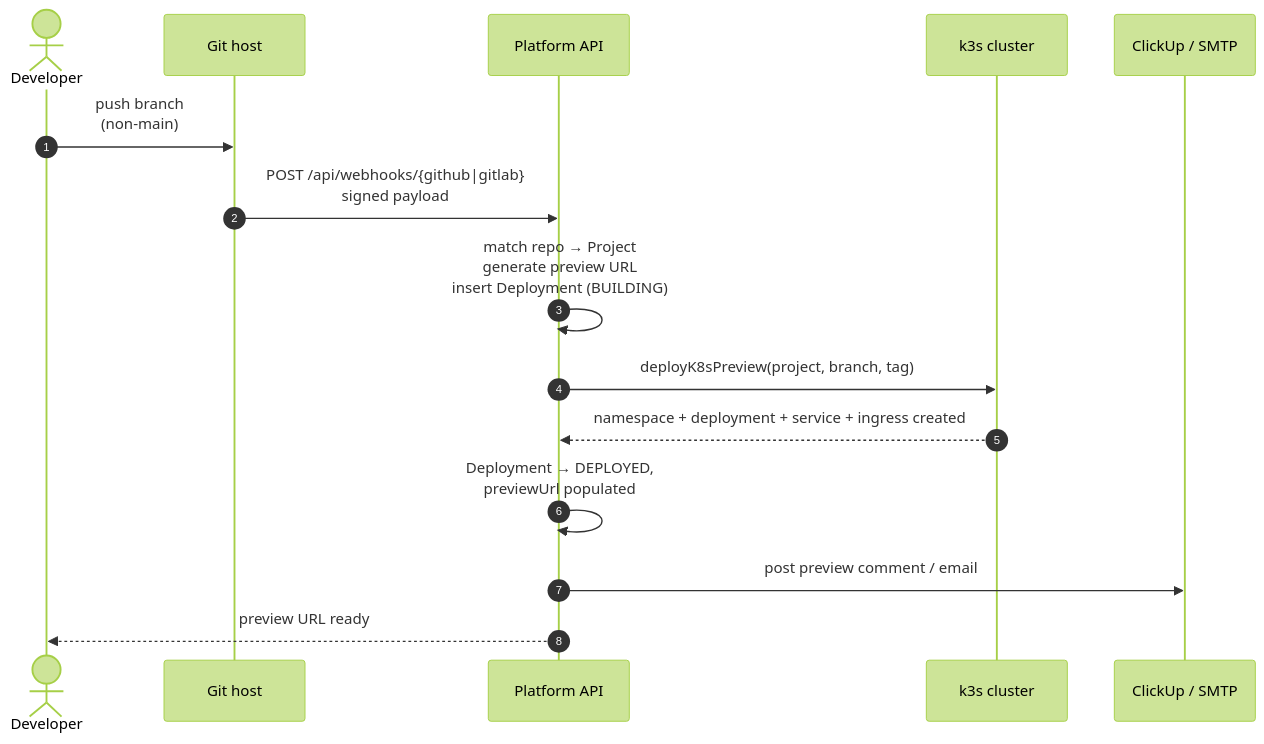
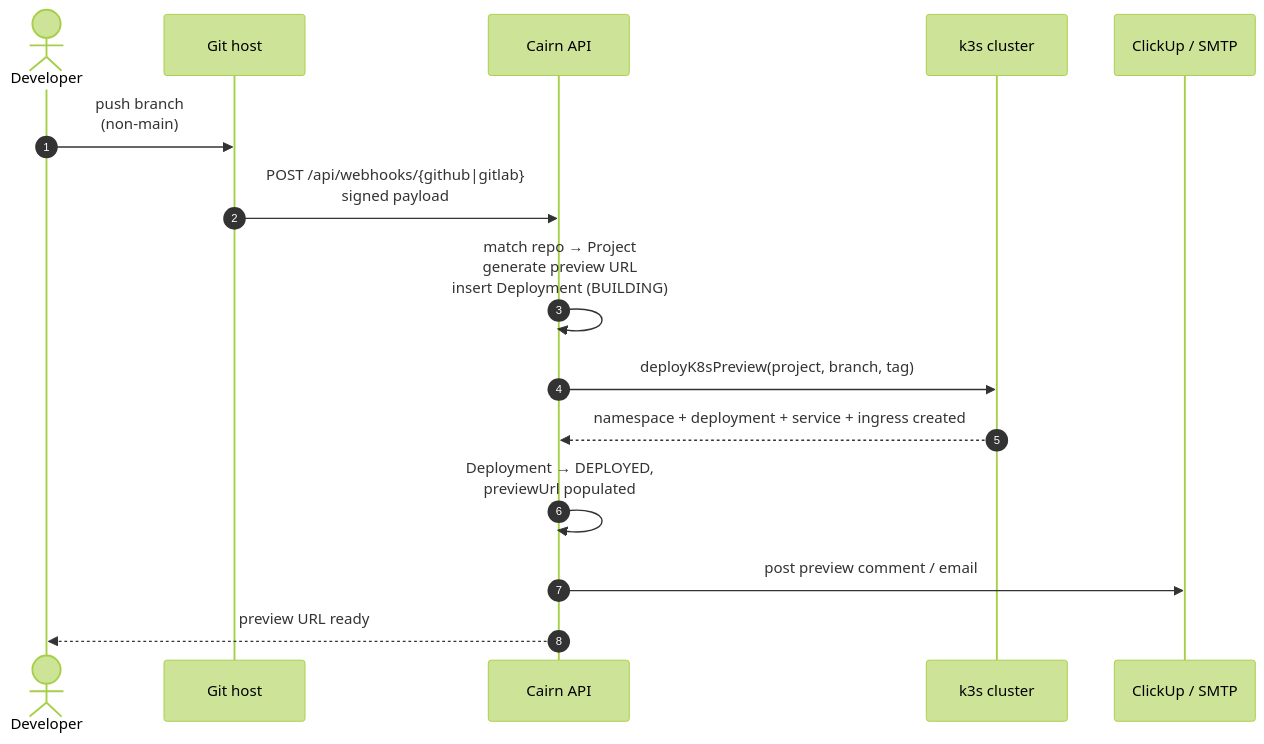
The first of 2 diagrams in platform/portal/public/docs/guides/preview-environments.md (Mpratyush54/server-automation), drawn with Mermaid (forest theme) before and after one commit. The commit also changed other lines of this file and 81 other files, not shown here.

````diff
--- a/platform/portal/public/docs/guides/preview-environments.md
+++ b/platform/portal/public/docs/guides/preview-environments.md
@@ -11,18 +11,18 @@
 ```mermaid
 sequenceDiagram
     autonumber
     actor Dev as Developer
     participant Git as Git host
-    participant API as Platform API
+    participant API as Cairn API
     participant K8s as k3s cluster
     participant CU as ClickUp / SMTP
 
     Dev->>Git: push branch<br/>(non-main)
     Git->>API: POST /api/webhooks/{github|gitlab}<br/>signed payload
     API->>API: match repo → Project<br/>generate preview URL<br/>insert Deployment (BUILDING)
     API->>K8s: deployK8sPreview(project, branch, tag)
     K8s-->>API: namespace + deployment + service + ingress created
     API->>API: Deployment → DEPLOYED,<br/>previewUrl populated
     API->>CU: post preview comment / email
     API-->>Dev: preview URL ready
 ```
````
